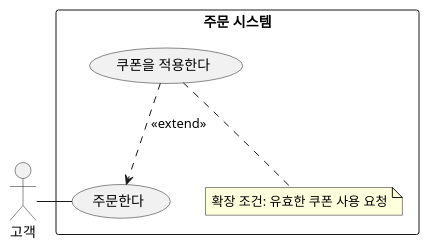
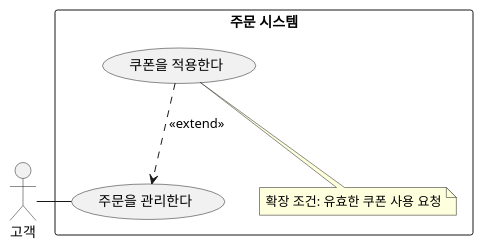
Before and after one commit to YoungSan77/TrainingMaterials: the eighth of 16 diagrams in courses/ooad/sessions/s02.md, drawn with PlantUML. The commit also changed other lines of this file and 10 other files, not shown here.

````diff
--- a/courses/ooad/sessions/s02.md
+++ b/courses/ooad/sessions/s02.md
@@ -670,14 +867,14 @@
 ```plantuml:usecase
 @startuml
 actor "고객" as Customer
 rectangle "주문 시스템" {
-  usecase "주문한다" as ProcessOrder
+  usecase "주문을 관리한다" as ProcessOrder
   usecase "쿠폰을 적용한다" as ApplyCoupon
   ApplyCoupon ..> ProcessOrder : <<extend>>
   note bottom of ApplyCoupon
     확장 조건: 유효한 쿠폰 사용 요청
   end note
 }
 Customer -r- ProcessOrder
 @enduml
 ```
````
